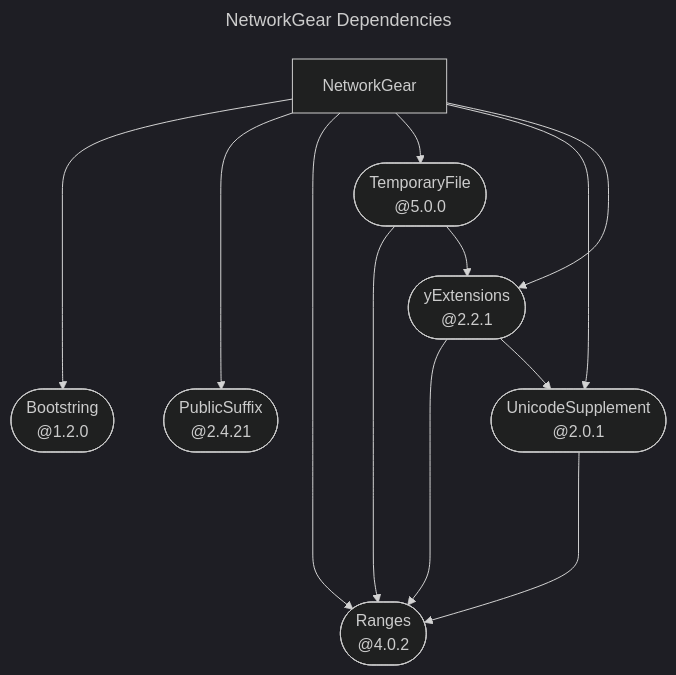
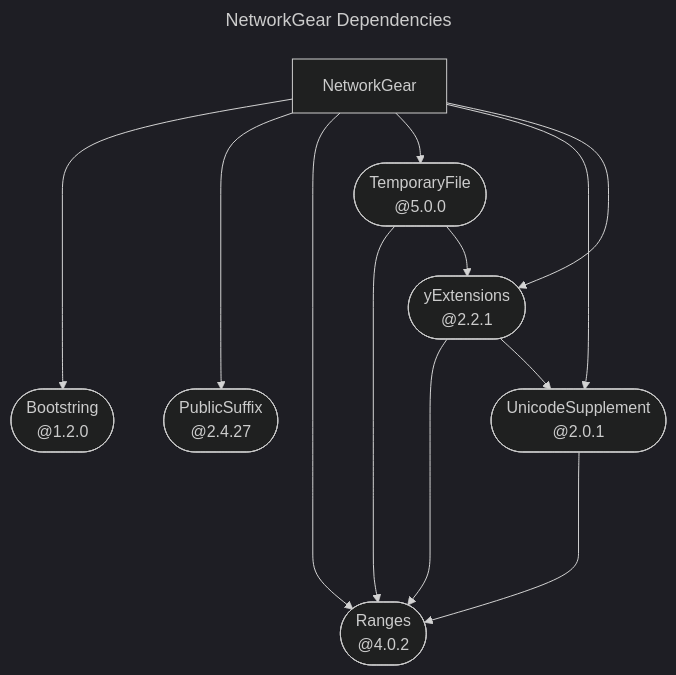
Before and after one commit to YOCKOW/SwiftNetworkGear: the diagram in README.md, drawn with Mermaid (dark theme).

Commit message:
Update "./README.md".
This commit is done by the workflow in [SwiftPackageHelperTools](https://GitHub.com/YOCKOW/SwiftPackageHelperTools.git).
- UUID: 4a9c6318-bf66-41b0-9c8b-c163e6b5409f
- Date: 2026-07-07 08:57:25+0000

````diff
--- a/README.md
+++ b/README.md
@@ -15,34 +15,34 @@
 ```mermaid
 ---
 title: NetworkGear Dependencies
 ---
 flowchart TD
   swiftbootstring(["Bootstring<br>@1.2.0"])
   swiftnetworkgear["NetworkGear"]
-  swiftpublicsuffix(["PublicSuffix<br>@2.4.21"])
+  swiftpublicsuffix(["PublicSuffix<br>@2.4.27"])
   swiftranges(["Ranges<br>@4.0.2"])
   swifttemporaryfile(["TemporaryFile<br>@5.0.0"])
   swiftunicodesupplement(["UnicodeSupplement<br>@2.0.1"])
   yswiftextensions(["yExtensions<br>@2.2.1"])
 
   click swiftbootstring href "https://github.com/YOCKOW/SwiftBootstring.git"
   click swiftpublicsuffix href "https://github.com/YOCKOW/SwiftPublicSuffix.git"
   click swiftranges href "https://github.com/YOCKOW/SwiftRanges.git"
   click swifttemporaryfile href "https://github.com/YOCKOW/SwiftTemporaryFile.git"
   click swiftunicodesupplement href "https://github.com/YOCKOW/SwiftUnicodeSupplement.git"
   click yswiftextensions href "https://github.com/YOCKOW/ySwiftExtensions.git"
 
   swiftnetworkgear ----> swiftbootstring
   swiftnetworkgear ----> swiftpublicsuffix
   swiftnetworkgear ----> swiftranges
   swiftnetworkgear --> swifttemporaryfile
   swiftnetworkgear --> swiftunicodesupplement
   swiftnetworkgear --> yswiftextensions
   swifttemporaryfile ----> swiftranges
   swifttemporaryfile --> yswiftextensions
   swiftunicodesupplement ----> swiftranges
   yswiftextensions ----> swiftranges
   yswiftextensions --> swiftunicodesupplement
 
 
 ```
````
